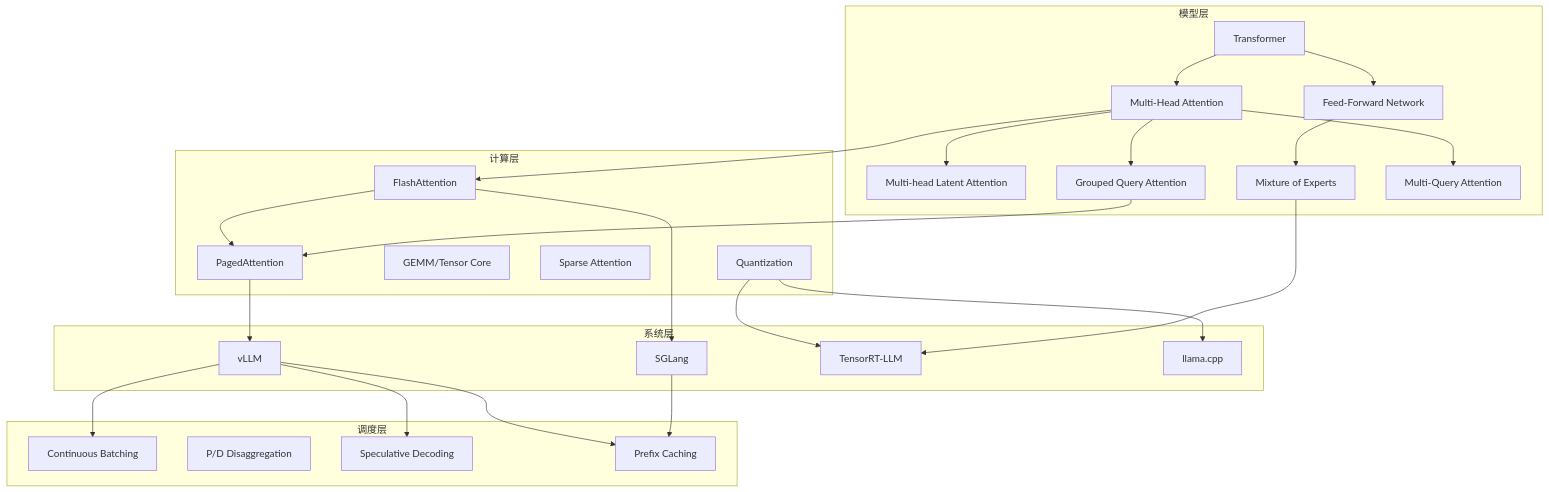
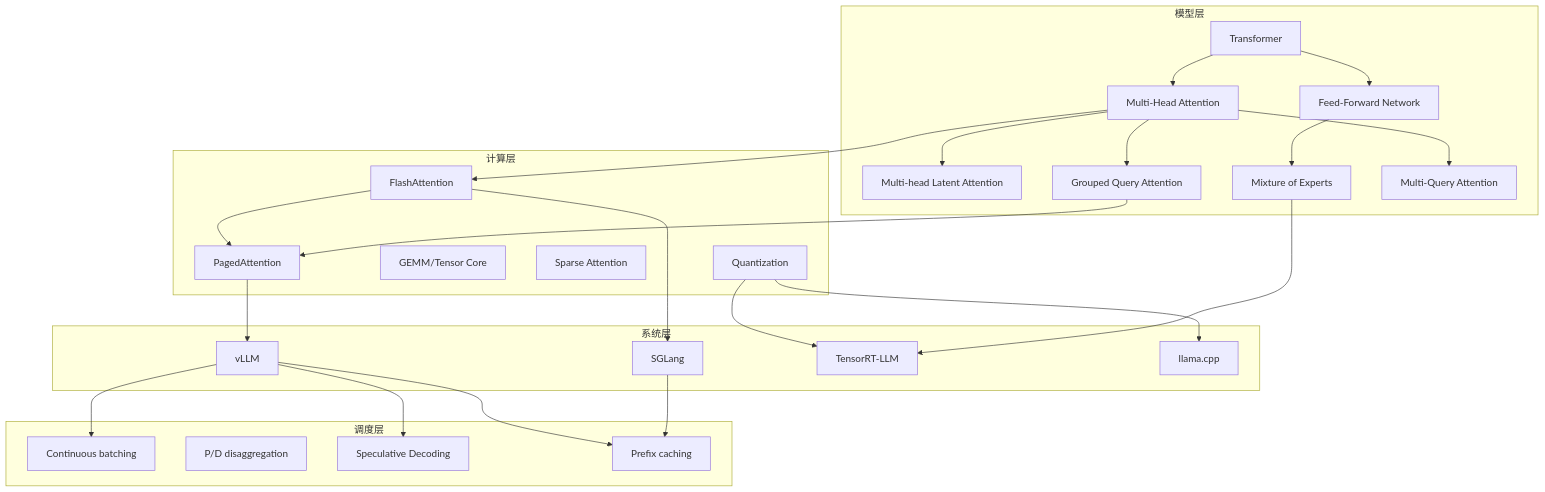
Before and after one commit to yuancaoyaoHW/Awesome-LLM-Inference: the first of 5 diagrams in reports/14_knowledge_graph.md, drawn with Mermaid. The commit also changed other lines of this file and 21 other files, not shown here.

````diff
--- a/reports/14_knowledge_graph.md
+++ b/reports/14_knowledge_graph.md
@@ -11,57 +11,57 @@
 ```mermaid
 graph TD
     subgraph "模型层"
         TRANSFORMER[Transformer]
         MHA[Multi-Head Attention]
         FFN[Feed-Forward Network]
         MLA[Multi-head Latent Attention]
         MOE[Mixture of Experts]
         GQA[Grouped Query Attention]
         MQA[Multi-Query Attention]
     end
     
     subgraph "计算层"
         FA[FlashAttention]
         PA[PagedAttention]
         GEMM[GEMM/Tensor Core]
         SPARSE[Sparse Attention]
         QUANT[Quantization]
     end
     
     subgraph "系统层"
         VLLM[vLLM]
         SGLANG[SGLang]
         TRTLLM[TensorRT-LLM]
         LLAMACPP[llama.cpp]
     end
     
     subgraph "调度层"
-        CB[Continuous Batching]
-        PD[P/D Disaggregation]
+        CB[Continuous batching]
+        PD[P/D disaggregation]
         SPEC[Speculative Decoding]
-        PREFIX[Prefix Caching]
+        PREFIX[Prefix caching]
     end
     
     TRANSFORMER --> MHA
     TRANSFORMER --> FFN
     MHA --> GQA
     MHA --> MQA
     MHA --> MLA
     FFN --> MOE
     
     MHA --> FA
     FA --> PA
     PA --> VLLM
     FA --> SGLANG
     
     VLLM --> CB
     VLLM --> PREFIX
     SGLANG --> PREFIX
     VLLM --> SPEC
     
     QUANT --> LLAMACPP
     QUANT --> TRTLLM
     
     GQA --> PA
     MOE --> TRTLLM
 ```
````
